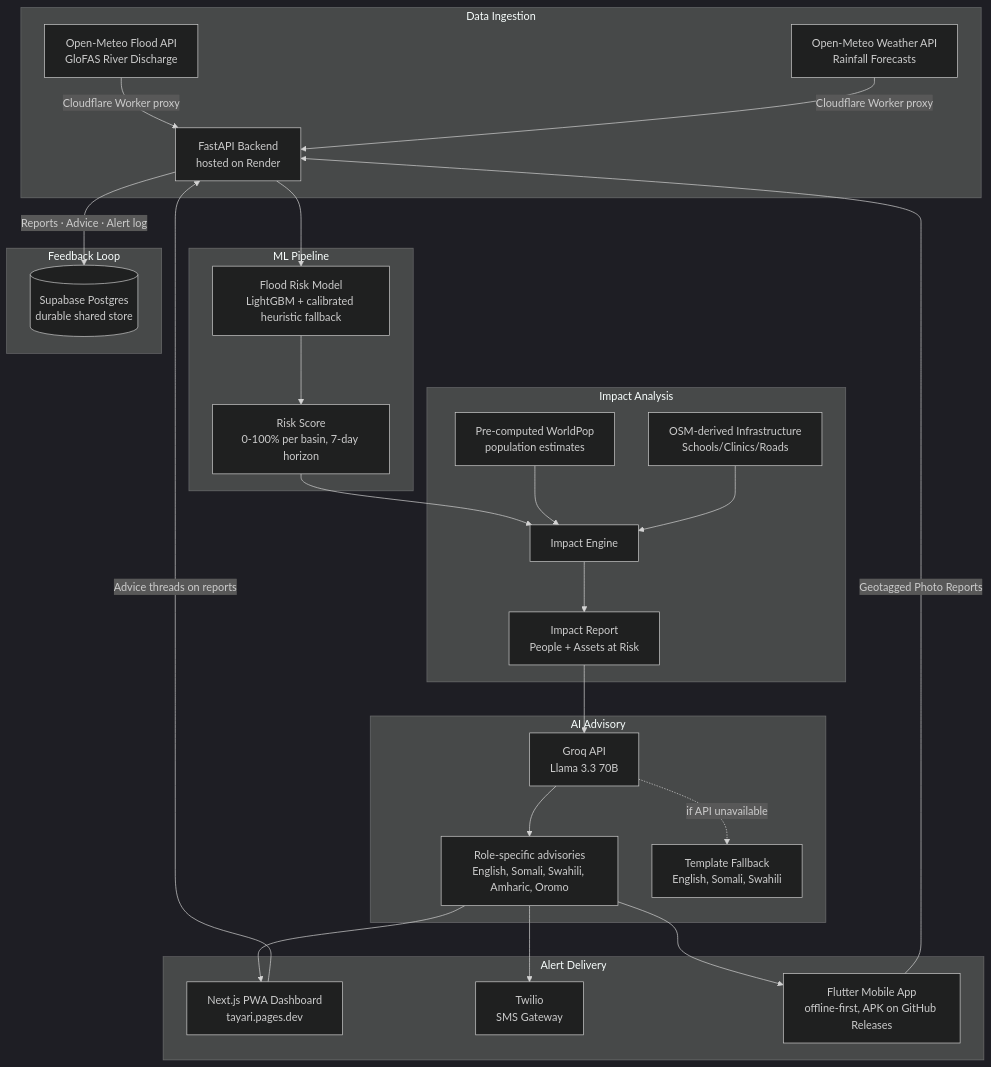
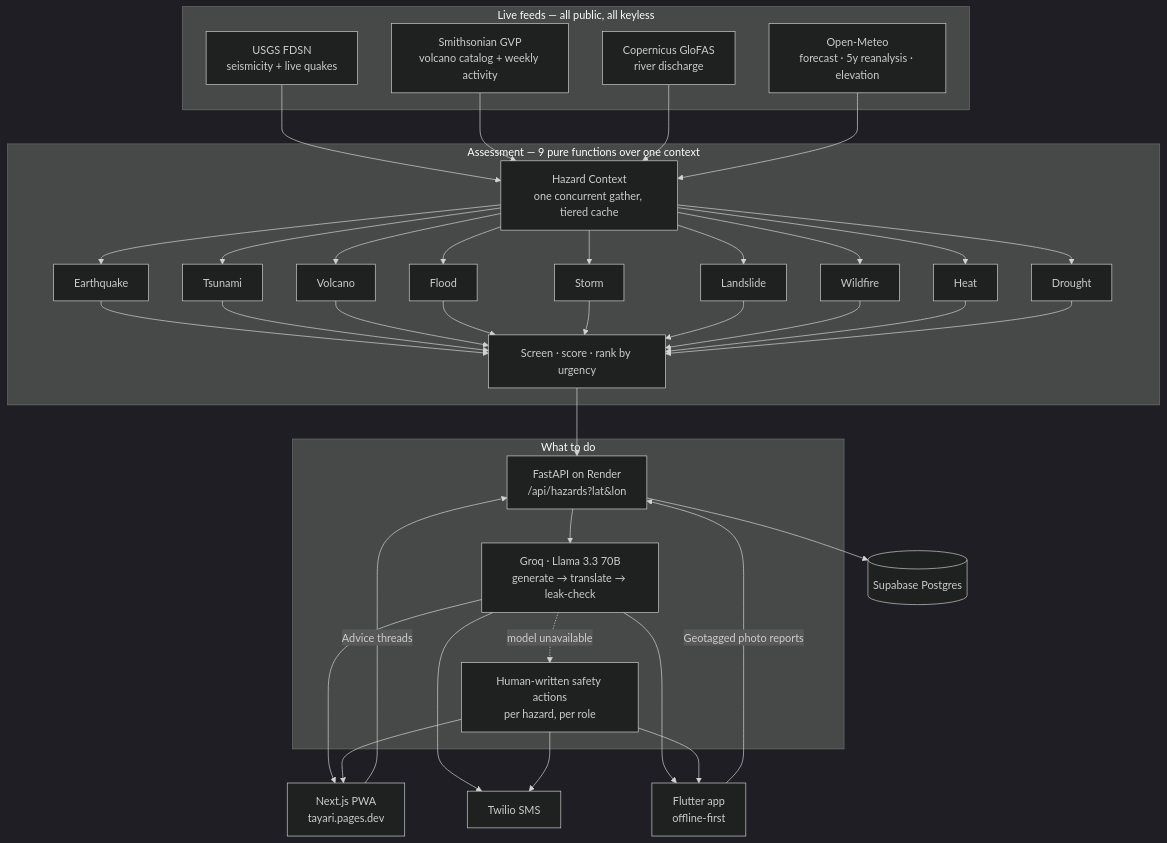
One commit to Raul909/Tayari changed the diagram in README.md. Above: the diagram before and after it, drawn with Mermaid (dark theme). The commit also changed other lines of this file, not shown here.

First line of the commit message:
docs: rewrite the README around nine hazards

````diff
--- a/README.md
+++ b/README.md
@@ -44,37 +69,33 @@
 ```mermaid
 graph TD
-    subgraph Data Ingestion
-        A[Open-Meteo Flood API<br/>GloFAS River Discharge] -->|Cloudflare Worker proxy| B[FastAPI Backend<br/>hosted on Render]
-        A2[Open-Meteo Weather API<br/>Rainfall Forecasts] -->|Cloudflare Worker proxy| B
+    subgraph Feeds["Live feeds — all public, all keyless"]
+        F1[USGS FDSN<br/>seismicity + live quakes]
+        F2[Smithsonian GVP<br/>volcano catalog + weekly activity]
+        F3[Copernicus GloFAS<br/>river discharge]
+        F4[Open-Meteo<br/>forecast · 5y reanalysis · elevation]
     end
 
-    subgraph ML Pipeline
-        B --> C[Flood Risk Model<br/>LightGBM + calibrated heuristic fallback]
-        C --> D[Risk Score<br/>0-100% per basin, 7-day horizon]
+    F1 & F2 & F3 & F4 --> CTX[Hazard Context<br/>one concurrent gather, tiered cache]
+
+    subgraph Engine["Assessment — 9 pure functions over one context"]
+        CTX --> A1[Earthquake] & A2[Tsunami] & A3[Volcano]
+        CTX --> A4[Flood] & A5[Storm] & A6[Landslide]
+        CTX --> A7[Wildfire] & A8[Heat] & A9[Drought]
+        A1 & A2 & A3 & A4 & A5 & A6 & A7 & A8 & A9 --> RANK[Screen · score · rank by urgency]
     end
 
-    subgraph Impact Analysis
-        D --> E[Impact Engine]
-        F[Pre-computed WorldPop<br/>population estimates] --> E
-        G[OSM-derived Infrastructure<br/>Schools/Clinics/Roads] --> E
-        E --> H[Impact Report<br/>People + Assets at Risk]
+    RANK --> API[FastAPI on Render<br/>/api/hazards?lat&lon]
+
+    subgraph Advisory["What to do"]
+        API --> LLM[Groq · Llama 3.3 70B<br/>generate → translate → leak-check]
+        LLM -.->|model unavailable| TPL[Human-written safety actions<br/>per hazard, per role]
     end
 
-    subgraph AI Advisory
-        H --> I[Groq API<br/>Llama 3.3 70B]
-        I --> J[Role-specific advisories<br/>English, Somali, Swahili, Amharic, Oromo]
-        I -.->|if API unavailable| T[Template Fallback<br/>English, Somali, Swahili]
-    end
+    LLM & TPL --> WEB[Next.js PWA<br/>tayari.pages.dev]
+    LLM & TPL --> SMS[Twilio SMS]
+    LLM & TPL --> APP[Flutter app<br/>offline-first]
 
-    subgraph Alert Delivery
-        J --> K[Next.js PWA Dashboard<br/>tayari.pages.dev]
-        J --> L[Twilio<br/>SMS Gateway]
-        J --> M[Flutter Mobile App<br/>offline-first, APK on GitHub Releases]
-    end
-
-    subgraph Feedback Loop
-        M -->|Geotagged Photo Reports| B
-        K -->|Advice threads on reports| B
-        B -->|Reports · Advice · Alert log| DB[(Supabase Postgres<br/>durable shared store)]
-    end
+    APP -->|Geotagged photo reports| API
+    WEB -->|Advice threads| API
+    API --> DB[(Supabase Postgres)]
 ```
````
